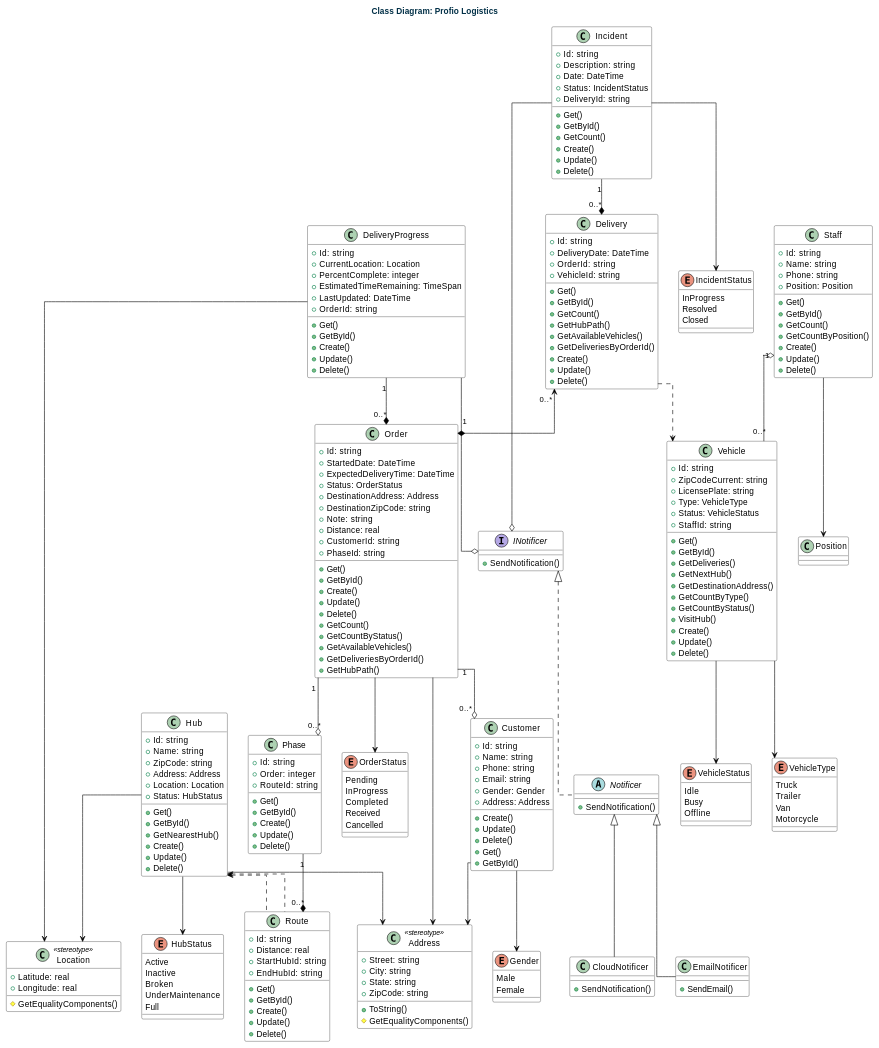
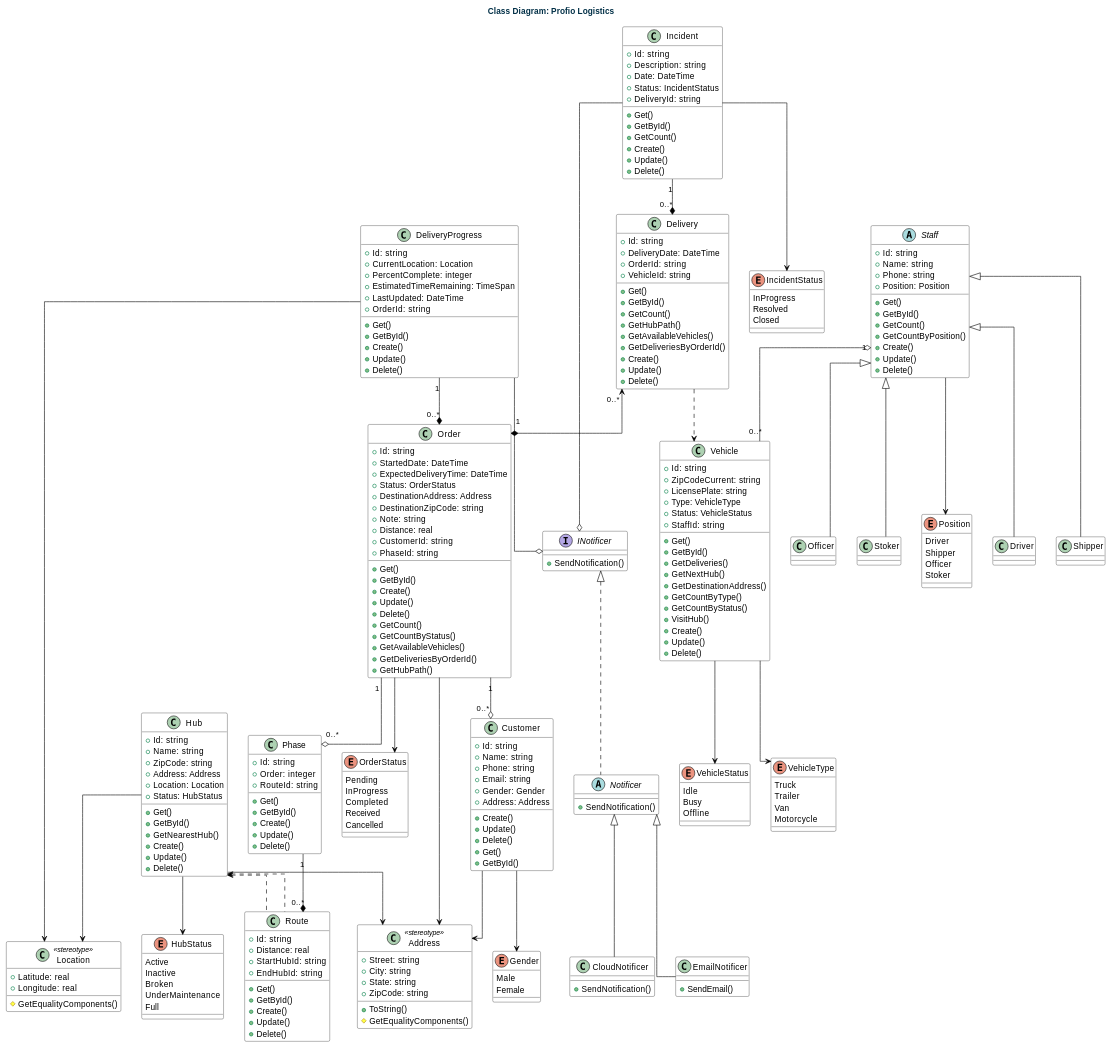
The diagram in apps/docs/docs/system-design/c4.md (HutechCJ/ProfioApp), drawn with PlantUML before and after one commit.

Commit message:
update class

```diff
--- a/apps/docs/docs/system-design/c4.md
+++ b/apps/docs/docs/system-design/c4.md
@@ -192,7 +192,7 @@
 		+ Delete()
 }
 
-class Staff {
+abstract class Staff {
 		+ Id: string
 		+ Name: string
 		+ Phone: string
@@ -251,6 +251,22 @@
 	+ SendNotification()
 }
 
+class Driver {
+
+}
+
+class Shipper {
+
+}
+
+class Officer {
+
+}
+
+class Stoker {
+
+}
+
 enum Gender {
 	Male
 	Female
@@ -291,6 +307,13 @@
   Full
 }
 
+enum Position {
+	Driver
+  Shipper
+  Officer
+  Stoker
+}
+
 Customer --> Gender
 Customer --> Address
 Order --> Address
@@ -309,6 +332,10 @@
 Delivery "0..*" <--* "1" Order
 Delivery ..> Vehicle
 Staff "1" o-- "0..*" Vehicle
+Staff <|-- Driver
+Staff <|-- Shipper
+Staff <|-- Officer
+Staff <|-- Stoker
 DeliveryProgress "1" --* "0..*" Order
 Incident "1" --* "0..*" Delivery
 Hub <.. Route
```
